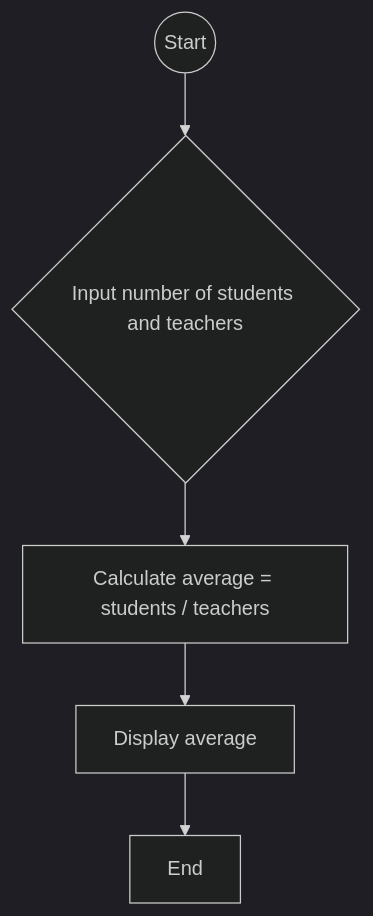
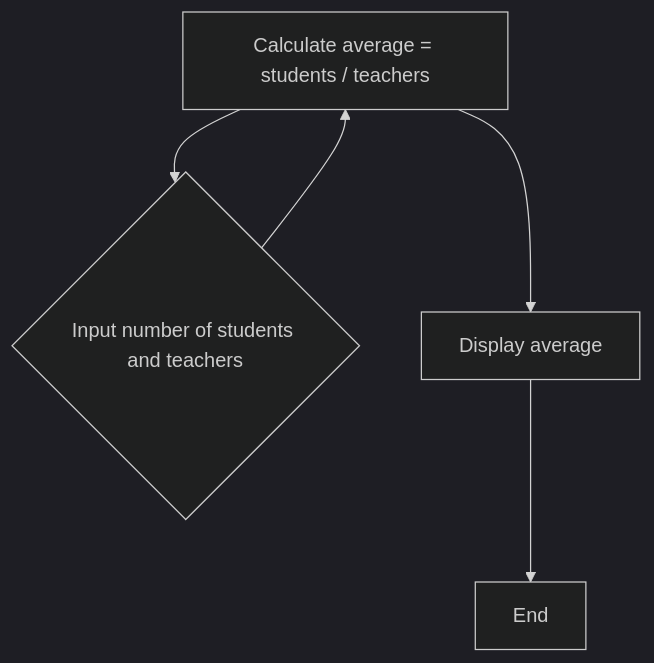
Before and after one commit to zmef/cplusplus: the diagram in EX1.md, drawn with Mermaid (dark theme).

````diff
--- a/EX1.md
+++ b/EX1.md
@@ -1,7 +1,7 @@
 ```mermaid
 flowchart TD;
-    A((Start)) --> B{Input number of students and teachers};
+    C((Start)) --> B{Input number of students and teachers};
     B --> C[Calculate average = students / teachers];
     C --> D[Display average];
     D --> E[End];
 ```
````
